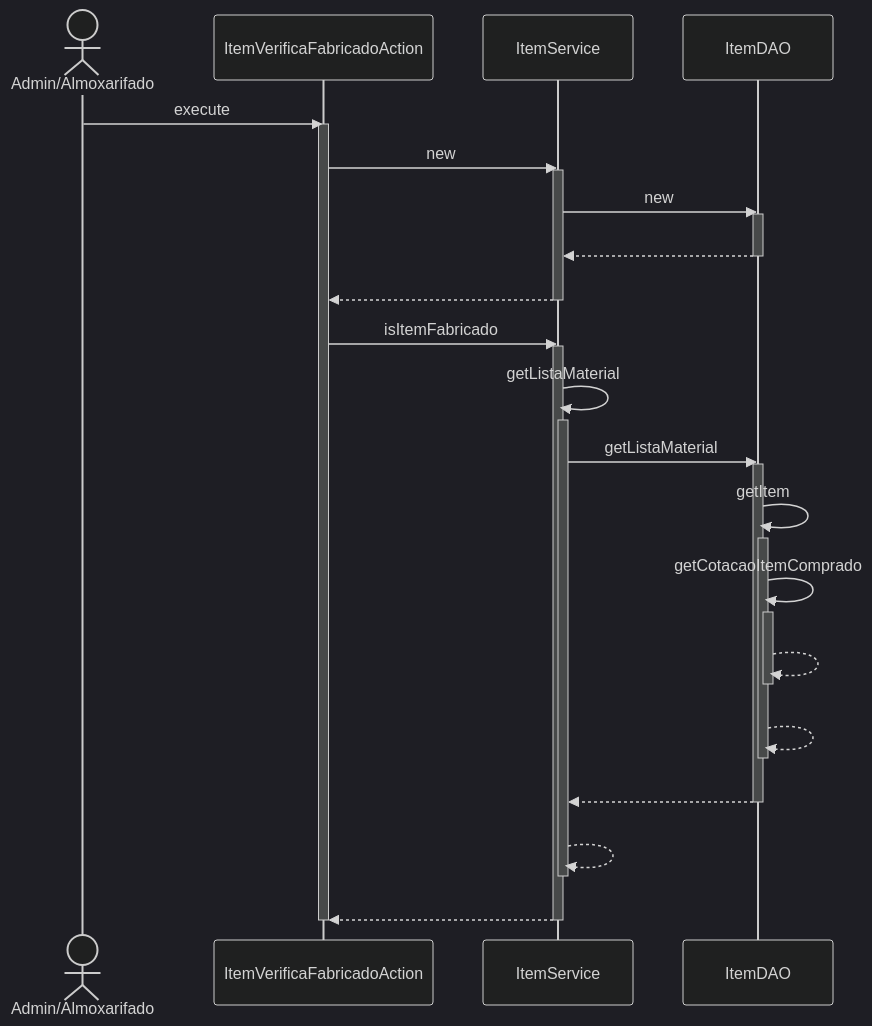
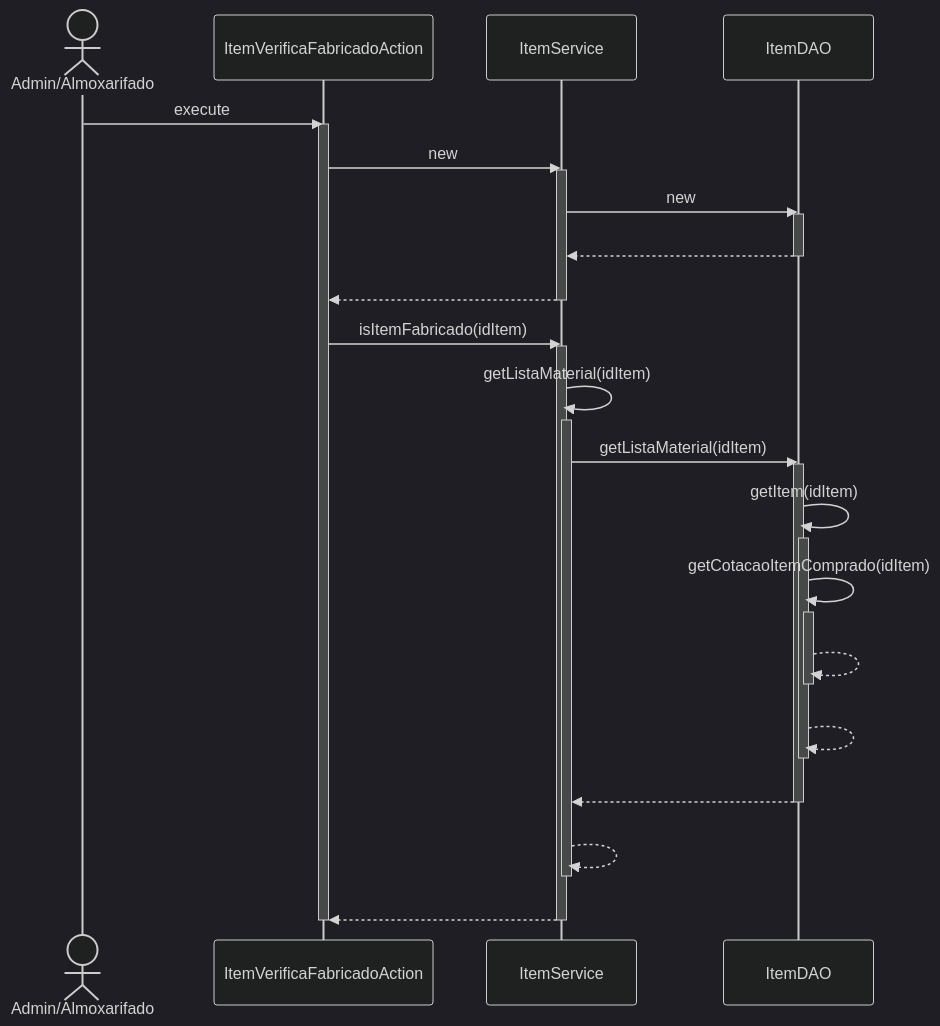
The diagram in DiagramaSequencia/Novo Diagrama Sequencia/Item/ItemVerificaFabricadoAction_execute.mmd (branqsMRP/SequenceDiagram), drawn with Mermaid (dark theme) before and after one commit. The commit also changed 5 other files, not shown here.

```diff
--- a/DiagramaSequencia/Novo Diagrama Sequencia/Item/ItemVerificaFabricadoAction_execute.mmd
+++ b/DiagramaSequencia/Novo Diagrama Sequencia/Item/ItemVerificaFabricadoAction_execute.mmd
@@ -1,33 +1,33 @@
 sequenceDiagram
 actor AA as Admin/Almoxarifado
 AA ->> ItemVerificaFabricadoAction : execute
 activate ItemVerificaFabricadoAction
 ItemVerificaFabricadoAction ->> ItemService : new
 activate ItemService
 ItemService ->> ItemDAO : new
 activate ItemDAO
 ItemDAO -->> ItemService : #32; 
 deactivate ItemDAO
 ItemService -->> ItemVerificaFabricadoAction : #32; 
 deactivate ItemService
-ItemVerificaFabricadoAction ->> ItemService : isItemFabricado
+ItemVerificaFabricadoAction ->> ItemService : isItemFabricado(idItem)
 activate ItemService
-ItemService ->> ItemService : getListaMaterial
+ItemService ->> ItemService : getListaMaterial(idItem)
 activate ItemService
-ItemService ->> ItemDAO : getListaMaterial
+ItemService ->> ItemDAO : getListaMaterial(idItem)
 activate ItemDAO
-ItemDAO ->> ItemDAO : getItem
+ItemDAO ->> ItemDAO : getItem(idItem)
 activate ItemDAO
-ItemDAO ->> ItemDAO : getCotacaoItemComprado
+ItemDAO ->> ItemDAO : getCotacaoItemComprado(idItem)
 activate ItemDAO
 ItemDAO -->> ItemDAO : #32; 
 deactivate ItemDAO
 ItemDAO -->> ItemDAO : #32; 
 deactivate ItemDAO
 ItemDAO -->> ItemService : #32; 
 deactivate ItemDAO
 ItemService -->> ItemService : #32; 
 deactivate ItemService
 ItemService -->> ItemVerificaFabricadoAction : #32; 
 deactivate ItemService
 deactivate ItemVerificaFabricadoAction
```
